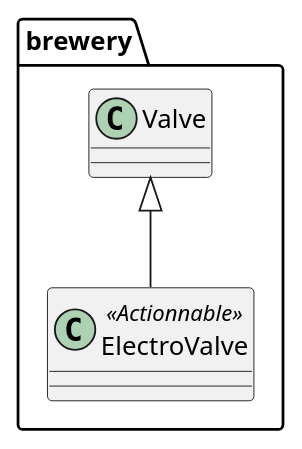
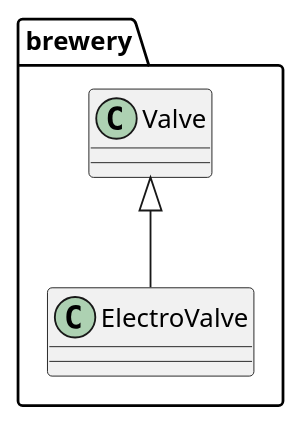
The diagram in src/class/include/valve.iuml (beerfactory/brewbox-uml), drawn with PlantUML before and after one commit.

Commit message:
Remove stereotype

```diff
--- a/src/class/include/valve.iuml
+++ b/src/class/include/valve.iuml
@@ -1,9 +1,9 @@
 package brewery {
 	class Valve  {
 	}
 
-	class ElectroValve <<Actionnable>> {
+	class ElectroValve {
 	}
 }
 
 Valve <|-- ElectroValve
```
